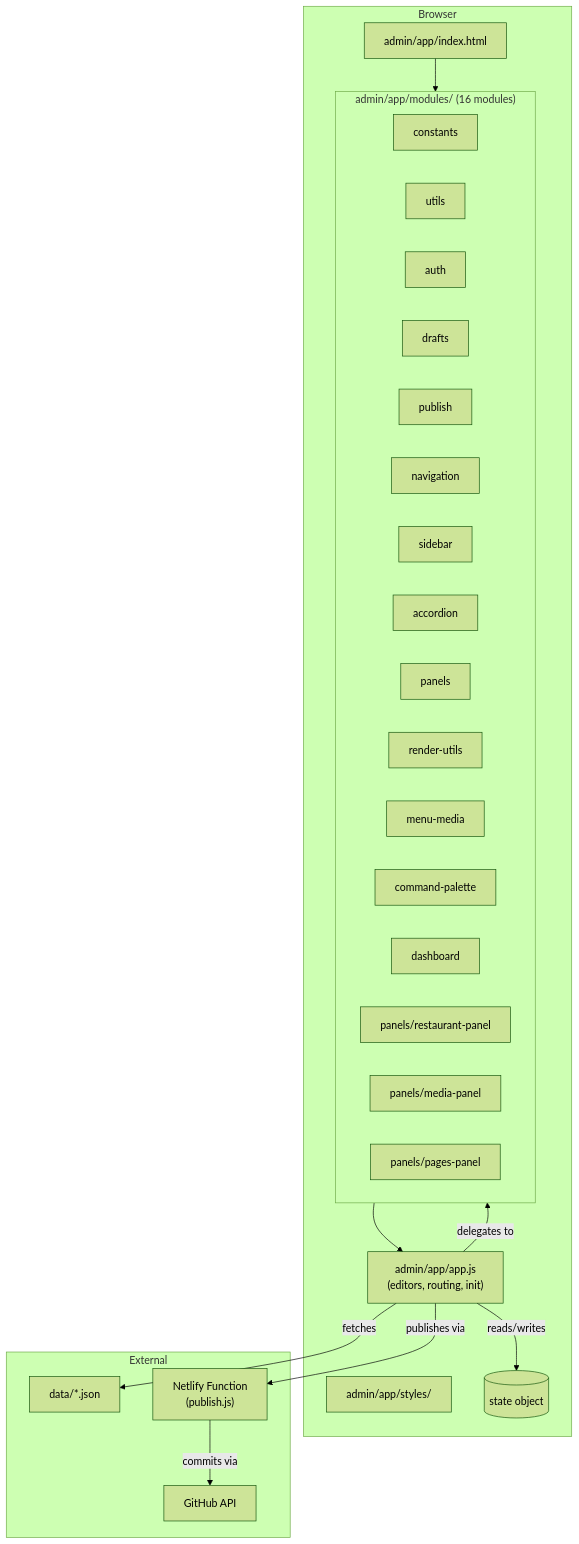
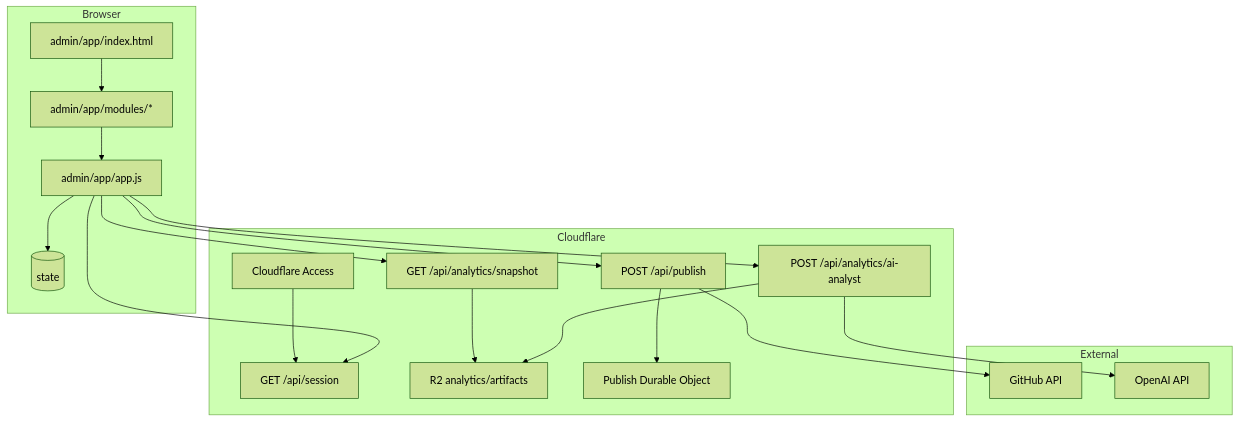
The diagram in docs/developers/admin/admin-panel.md (AlbertUrena/figata), drawn with Mermaid (forest theme) before and after one commit. The commit also changed other lines of this file and 188 other files, not shown here.

````diff
--- a/docs/developers/admin/admin-panel.md
+++ b/docs/developers/admin/admin-panel.md
@@ -39,41 +26,36 @@
 ```mermaid
 graph TB
   subgraph Browser
     HTML["admin/app/index.html"]
-    CSS["admin/app/styles/"]
-    subgraph Modules ["admin/app/modules/ (16 modules)"]
-      constants
-      utils
-      auth
-      drafts
-      publish
-      navigation
-      sidebar
-      accordion
-      panels
-      renderUtils[render-utils]
-      menuMedia[menu-media]
-      commandPalette[command-palette]
-      dashboard
-      restaurantPanel[panels/restaurant-panel]
-      mediaPanel[panels/media-panel]
-      pagesPanel[panels/pages-panel]
-    end
-    APP["admin/app/app.js<br/>(editors, routing, init)"]
-    STATE[("state object")]
+    APP["admin/app/app.js"]
+    MODS["admin/app/modules/*"]
+    STATE[("state")]
+  end
+
+  subgraph Cloudflare
+    ACCESS["Cloudflare Access"]
+    SESSION["GET /api/session"]
+    PUBLISH["POST /api/publish"]
+    SNAPSHOT["GET /api/analytics/snapshot"]
+    ANALYST["POST /api/analytics/ai-analyst"]
+    R2["R2 analytics/artifacts"]
+    DO["Publish Durable Object"]
   end
 
   subgraph External
-    DATA["data/*.json"]
-    NETLIFY["Netlify Function<br/>(publish.js)"]
-    GITHUB["GitHub API"]
+    GH["GitHub API"]
+    OPENAI["OpenAI API"]
   end
 
-  HTML --> Modules
-  Modules --> APP
-  APP -->|reads/writes| STATE
-  APP -->|delegates to| Modules
-  APP -->|fetches| DATA
-  APP -->|publishes via| NETLIFY
-  NETLIFY -->|commits via| GITHUB
+  HTML --> MODS --> APP --> STATE
+  ACCESS --> SESSION
+  APP --> SESSION
+  APP --> PUBLISH
+  APP --> SNAPSHOT
+  APP --> ANALYST
+  PUBLISH --> DO
+  PUBLISH --> GH
+  SNAPSHOT --> R2
+  ANALYST --> R2
+  ANALYST --> OPENAI
 ```
````
